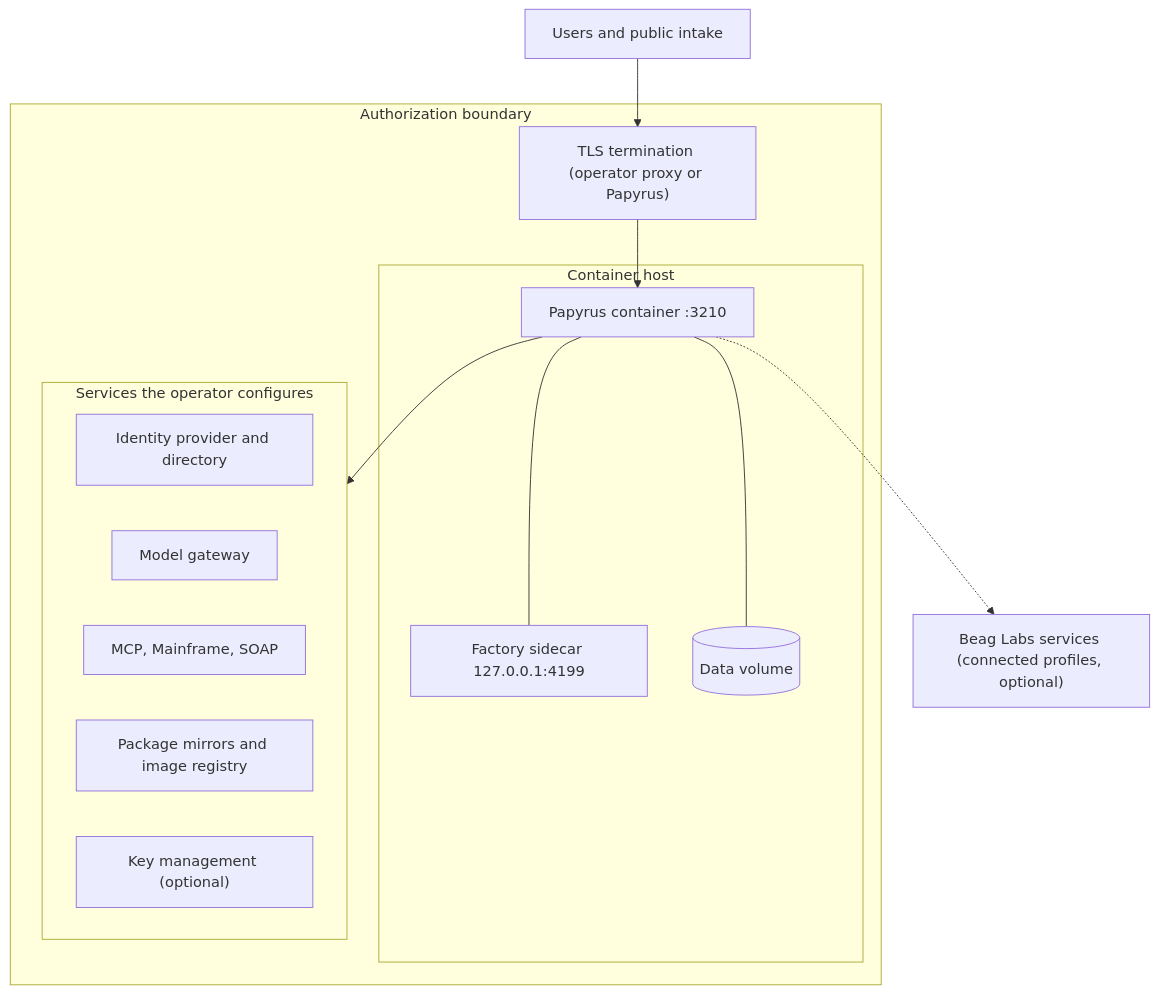
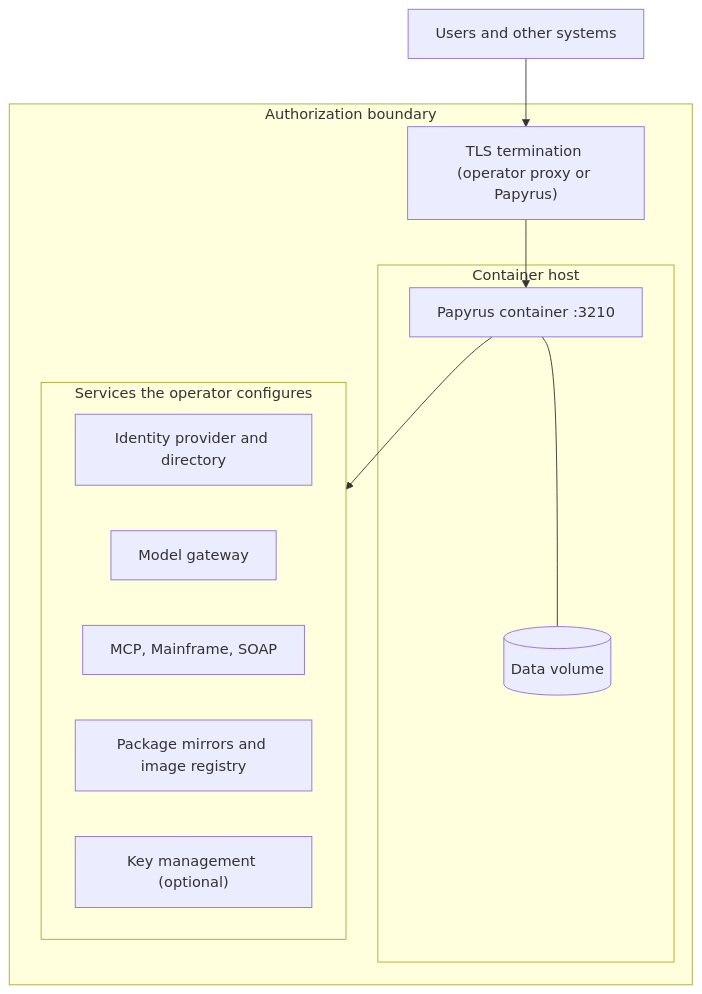
One commit to beaglabs/www.beaglabs.com changed the third of 3 diagrams in public/compliance/papyrus/source/architecture.md. Above: the diagram before and after it, drawn with Mermaid. The commit also changed other lines of this file and 38 other files, not shown here.

````diff
--- a/public/compliance/papyrus/source/architecture.md
+++ b/public/compliance/papyrus/source/architecture.md
@@ -231,26 +198,22 @@
 ```mermaid
 flowchart TB
-  USERS["Users and public intake"]
+  USERS["Users and other systems"]
   subgraph BOUNDARY["Authorization boundary"]
     EDGE["TLS termination (operator proxy or Papyrus)"]
     subgraph HOST["Container host"]
       APP["Papyrus container :3210"]
-      FAC["Factory sidecar 127.0.0.1:4199"]
       VOL[("Data volume")]
     end
     subgraph DEPS["Services the operator configures"]
       IDP["Identity provider and directory"]
       MODEL["Model gateway"]
       CUST["MCP, Mainframe, SOAP"]
       PKG["Package mirrors and image registry"]
       KMS["Key management (optional)"]
     end
   end
-  BEAG["Beag Labs services (connected profiles, optional)"]
   USERS --> EDGE
   EDGE --> APP
-  APP --- FAC
   APP --- VOL
   APP --> DEPS
-  APP -.-> BEAG
 ```
````
